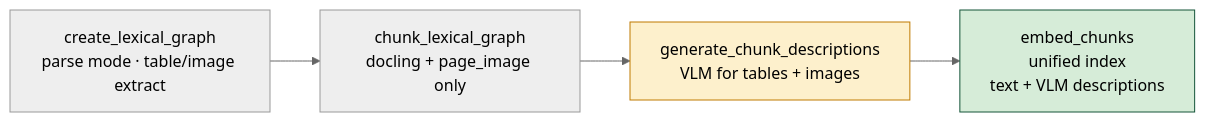
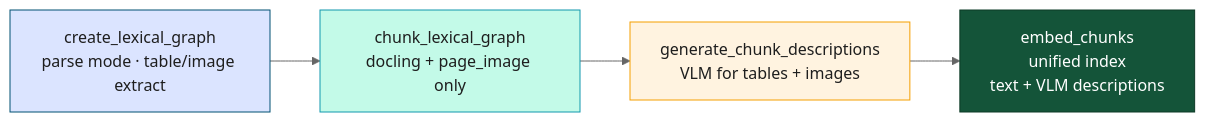
One commit to joy-neo4j/graph-intelligence-agent changed diagram 11 of 13 in outputs/Graph_Intelligence_Technical_DeepDive.md. Above: the diagram before and after it, drawn with Mermaid (neutral theme). The commit also changed other lines of this file and 1 other file, not shown here.

First line of the commit message:
style(diagrams): restyle all Mermaid diagrams for contrast and colour

````diff
--- a/outputs/Graph_Intelligence_Technical_DeepDive.md
+++ b/outputs/Graph_Intelligence_Technical_DeepDive.md
@@ -708,8 +747,10 @@
 ```mermaid
 flowchart LR
     P["create_lexical_graph<br/>parse mode · table/image extract"] --> C["chunk_lexical_graph<br/>docling + page_image only"]
     C --> G["generate_chunk_descriptions<br/>VLM for tables + images"]
     G --> Em["embed_chunks<br/>unified index<br/>text + VLM descriptions"]
-    style G fill:#FDF0CC,stroke:#C07A00
-    style Em fill:#D6ECD8,stroke:#145439
+    style P fill:#dbe4ff,stroke:#005073,color:#1e1e1e
+    style C fill:#c3fae8,stroke:#1098ad,color:#1e1e1e
+    style G fill:#fff3e0,stroke:#f59f00,color:#1e1e1e
+    style Em fill:#145439,stroke:#0d3a26,color:#fff
 ```
````
